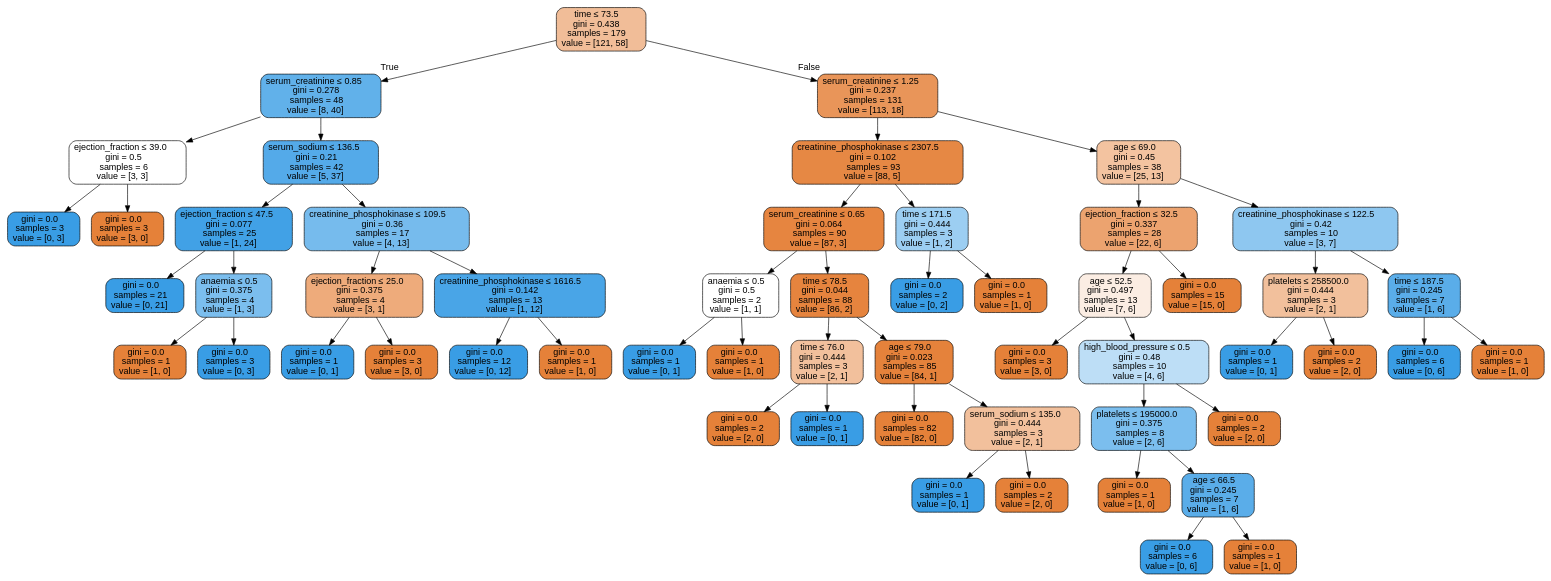
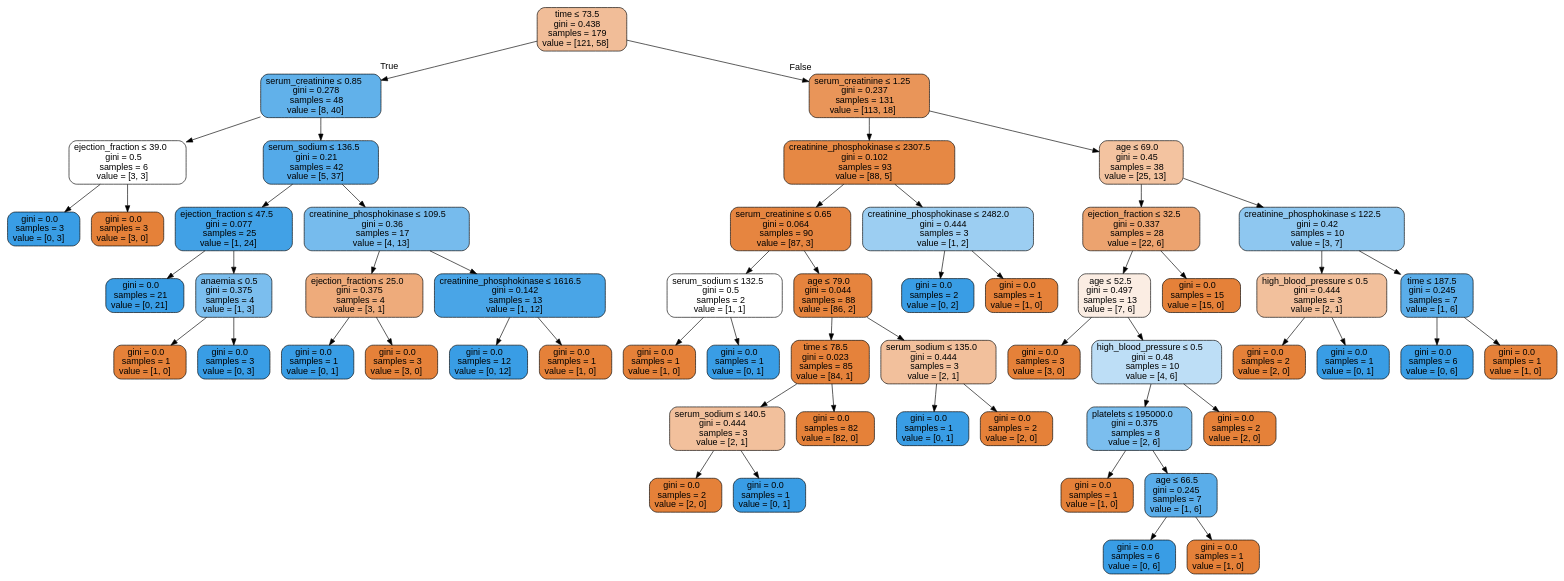
The diagram in breast_cancer_updated.dot (SaiRamishetty-23/PDS_assignment2), drawn with Graphviz before and after one commit. The commit also changed 4 other files, not shown here.

```diff
--- a/breast_cancer_updated.dot
+++ b/breast_cancer_updated.dot
@@ -1,113 +1,113 @@
 digraph Tree {
 node [shape=box, style="filled, rounded", color="black", fontname=helvetica] ;
 edge [fontname=helvetica] ;
 0 [label=<time &le; 73.5<br/>gini = 0.438<br/>samples = 179<br/>value = [121, 58]>, fillcolor="#f1bd98"] ;
 1 [label=<serum_creatinine &le; 0.85<br/>gini = 0.278<br/>samples = 48<br/>value = [8, 40]>, fillcolor="#61b1ea"] ;
 0 -> 1 [labeldistance=2.5, labelangle=45, headlabel="True"] ;
 2 [label=<ejection_fraction &le; 39.0<br/>gini = 0.5<br/>samples = 6<br/>value = [3, 3]>, fillcolor="#ffffff"] ;
 1 -> 2 ;
 3 [label=<gini = 0.0<br/>samples = 3<br/>value = [0, 3]>, fillcolor="#399de5"] ;
 2 -> 3 ;
 4 [label=<gini = 0.0<br/>samples = 3<br/>value = [3, 0]>, fillcolor="#e58139"] ;
 2 -> 4 ;
 5 [label=<serum_sodium &le; 136.5<br/>gini = 0.21<br/>samples = 42<br/>value = [5, 37]>, fillcolor="#54aae9"] ;
 1 -> 5 ;
 6 [label=<ejection_fraction &le; 47.5<br/>gini = 0.077<br/>samples = 25<br/>value = [1, 24]>, fillcolor="#41a1e6"] ;
 5 -> 6 ;
 7 [label=<gini = 0.0<br/>samples = 21<br/>value = [0, 21]>, fillcolor="#399de5"] ;
 6 -> 7 ;
 8 [label=<anaemia &le; 0.5<br/>gini = 0.375<br/>samples = 4<br/>value = [1, 3]>, fillcolor="#7bbeee"] ;
 6 -> 8 ;
 9 [label=<gini = 0.0<br/>samples = 1<br/>value = [1, 0]>, fillcolor="#e58139"] ;
 8 -> 9 ;
 10 [label=<gini = 0.0<br/>samples = 3<br/>value = [0, 3]>, fillcolor="#399de5"] ;
 8 -> 10 ;
 11 [label=<creatinine_phosphokinase &le; 109.5<br/>gini = 0.36<br/>samples = 17<br/>value = [4, 13]>, fillcolor="#76bbed"] ;
 5 -> 11 ;
 12 [label=<ejection_fraction &le; 25.0<br/>gini = 0.375<br/>samples = 4<br/>value = [3, 1]>, fillcolor="#eeab7b"] ;
 11 -> 12 ;
 13 [label=<gini = 0.0<br/>samples = 1<br/>value = [0, 1]>, fillcolor="#399de5"] ;
 12 -> 13 ;
 14 [label=<gini = 0.0<br/>samples = 3<br/>value = [3, 0]>, fillcolor="#e58139"] ;
 12 -> 14 ;
 15 [label=<creatinine_phosphokinase &le; 1616.5<br/>gini = 0.142<br/>samples = 13<br/>value = [1, 12]>, fillcolor="#49a5e7"] ;
 11 -> 15 ;
 16 [label=<gini = 0.0<br/>samples = 12<br/>value = [0, 12]>, fillcolor="#399de5"] ;
 15 -> 16 ;
 17 [label=<gini = 0.0<br/>samples = 1<br/>value = [1, 0]>, fillcolor="#e58139"] ;
 15 -> 17 ;
 18 [label=<serum_creatinine &le; 1.25<br/>gini = 0.237<br/>samples = 131<br/>value = [113, 18]>, fillcolor="#e99559"] ;
 0 -> 18 [labeldistance=2.5, labelangle=-45, headlabel="False"] ;
 19 [label=<creatinine_phosphokinase &le; 2307.5<br/>gini = 0.102<br/>samples = 93<br/>value = [88, 5]>, fillcolor="#e68844"] ;
 18 -> 19 ;
 20 [label=<serum_creatinine &le; 0.65<br/>gini = 0.064<br/>samples = 90<br/>value = [87, 3]>, fillcolor="#e68540"] ;
 19 -> 20 ;
-21 [label=<anaemia &le; 0.5<br/>gini = 0.5<br/>samples = 2<br/>value = [1, 1]>, fillcolor="#ffffff"] ;
+21 [label=<serum_sodium &le; 132.5<br/>gini = 0.5<br/>samples = 2<br/>value = [1, 1]>, fillcolor="#ffffff"] ;
 20 -> 21 ;
-22 [label=<gini = 0.0<br/>samples = 1<br/>value = [0, 1]>, fillcolor="#399de5"] ;
+22 [label=<gini = 0.0<br/>samples = 1<br/>value = [1, 0]>, fillcolor="#e58139"] ;
 21 -> 22 ;
-23 [label=<gini = 0.0<br/>samples = 1<br/>value = [1, 0]>, fillcolor="#e58139"] ;
+23 [label=<gini = 0.0<br/>samples = 1<br/>value = [0, 1]>, fillcolor="#399de5"] ;
 21 -> 23 ;
-24 [label=<time &le; 78.5<br/>gini = 0.044<br/>samples = 88<br/>value = [86, 2]>, fillcolor="#e6843e"] ;
+24 [label=<age &le; 79.0<br/>gini = 0.044<br/>samples = 88<br/>value = [86, 2]>, fillcolor="#e6843e"] ;
 20 -> 24 ;
-25 [label=<time &le; 76.0<br/>gini = 0.444<br/>samples = 3<br/>value = [2, 1]>, fillcolor="#f2c09c"] ;
+25 [label=<time &le; 78.5<br/>gini = 0.023<br/>samples = 85<br/>value = [84, 1]>, fillcolor="#e5823b"] ;
 24 -> 25 ;
-26 [label=<gini = 0.0<br/>samples = 2<br/>value = [2, 0]>, fillcolor="#e58139"] ;
+26 [label=<serum_sodium &le; 140.5<br/>gini = 0.444<br/>samples = 3<br/>value = [2, 1]>, fillcolor="#f2c09c"] ;
 25 -> 26 ;
-27 [label=<gini = 0.0<br/>samples = 1<br/>value = [0, 1]>, fillcolor="#399de5"] ;
-25 -> 27 ;
-28 [label=<age &le; 79.0<br/>gini = 0.023<br/>samples = 85<br/>value = [84, 1]>, fillcolor="#e5823b"] ;
-24 -> 28 ;
+27 [label=<gini = 0.0<br/>samples = 2<br/>value = [2, 0]>, fillcolor="#e58139"] ;
+26 -> 27 ;
+28 [label=<gini = 0.0<br/>samples = 1<br/>value = [0, 1]>, fillcolor="#399de5"] ;
+26 -> 28 ;
 29 [label=<gini = 0.0<br/>samples = 82<br/>value = [82, 0]>, fillcolor="#e58139"] ;
-28 -> 29 ;
+25 -> 29 ;
 30 [label=<serum_sodium &le; 135.0<br/>gini = 0.444<br/>samples = 3<br/>value = [2, 1]>, fillcolor="#f2c09c"] ;
-28 -> 30 ;
+24 -> 30 ;
 31 [label=<gini = 0.0<br/>samples = 1<br/>value = [0, 1]>, fillcolor="#399de5"] ;
 30 -> 31 ;
 32 [label=<gini = 0.0<br/>samples = 2<br/>value = [2, 0]>, fillcolor="#e58139"] ;
 30 -> 32 ;
-33 [label=<time &le; 171.5<br/>gini = 0.444<br/>samples = 3<br/>value = [1, 2]>, fillcolor="#9ccef2"] ;
+33 [label=<creatinine_phosphokinase &le; 2482.0<br/>gini = 0.444<br/>samples = 3<br/>value = [1, 2]>, fillcolor="#9ccef2"] ;
 19 -> 33 ;
 34 [label=<gini = 0.0<br/>samples = 2<br/>value = [0, 2]>, fillcolor="#399de5"] ;
 33 -> 34 ;
 35 [label=<gini = 0.0<br/>samples = 1<br/>value = [1, 0]>, fillcolor="#e58139"] ;
 33 -> 35 ;
 36 [label=<age &le; 69.0<br/>gini = 0.45<br/>samples = 38<br/>value = [25, 13]>, fillcolor="#f3c3a0"] ;
 18 -> 36 ;
 37 [label=<ejection_fraction &le; 32.5<br/>gini = 0.337<br/>samples = 28<br/>value = [22, 6]>, fillcolor="#eca36f"] ;
 36 -> 37 ;
 38 [label=<age &le; 52.5<br/>gini = 0.497<br/>samples = 13<br/>value = [7, 6]>, fillcolor="#fbede3"] ;
 37 -> 38 ;
 39 [label=<gini = 0.0<br/>samples = 3<br/>value = [3, 0]>, fillcolor="#e58139"] ;
 38 -> 39 ;
 40 [label=<high_blood_pressure &le; 0.5<br/>gini = 0.48<br/>samples = 10<br/>value = [4, 6]>, fillcolor="#bddef6"] ;
 38 -> 40 ;
 41 [label=<platelets &le; 195000.0<br/>gini = 0.375<br/>samples = 8<br/>value = [2, 6]>, fillcolor="#7bbeee"] ;
 40 -> 41 ;
 42 [label=<gini = 0.0<br/>samples = 1<br/>value = [1, 0]>, fillcolor="#e58139"] ;
 41 -> 42 ;
 43 [label=<age &le; 66.5<br/>gini = 0.245<br/>samples = 7<br/>value = [1, 6]>, fillcolor="#5aade9"] ;
 41 -> 43 ;
 44 [label=<gini = 0.0<br/>samples = 6<br/>value = [0, 6]>, fillcolor="#399de5"] ;
 43 -> 44 ;
 45 [label=<gini = 0.0<br/>samples = 1<br/>value = [1, 0]>, fillcolor="#e58139"] ;
 43 -> 45 ;
 46 [label=<gini = 0.0<br/>samples = 2<br/>value = [2, 0]>, fillcolor="#e58139"] ;
 40 -> 46 ;
 47 [label=<gini = 0.0<br/>samples = 15<br/>value = [15, 0]>, fillcolor="#e58139"] ;
 37 -> 47 ;
 48 [label=<creatinine_phosphokinase &le; 122.5<br/>gini = 0.42<br/>samples = 10<br/>value = [3, 7]>, fillcolor="#8ec7f0"] ;
 36 -> 48 ;
-49 [label=<platelets &le; 258500.0<br/>gini = 0.444<br/>samples = 3<br/>value = [2, 1]>, fillcolor="#f2c09c"] ;
+49 [label=<high_blood_pressure &le; 0.5<br/>gini = 0.444<br/>samples = 3<br/>value = [2, 1]>, fillcolor="#f2c09c"] ;
 48 -> 49 ;
-50 [label=<gini = 0.0<br/>samples = 1<br/>value = [0, 1]>, fillcolor="#399de5"] ;
+50 [label=<gini = 0.0<br/>samples = 2<br/>value = [2, 0]>, fillcolor="#e58139"] ;
 49 -> 50 ;
-51 [label=<gini = 0.0<br/>samples = 2<br/>value = [2, 0]>, fillcolor="#e58139"] ;
+51 [label=<gini = 0.0<br/>samples = 1<br/>value = [0, 1]>, fillcolor="#399de5"] ;
 49 -> 51 ;
 52 [label=<time &le; 187.5<br/>gini = 0.245<br/>samples = 7<br/>value = [1, 6]>, fillcolor="#5aade9"] ;
 48 -> 52 ;
 53 [label=<gini = 0.0<br/>samples = 6<br/>value = [0, 6]>, fillcolor="#399de5"] ;
 52 -> 53 ;
 54 [label=<gini = 0.0<br/>samples = 1<br/>value = [1, 0]>, fillcolor="#e58139"] ;
 52 -> 54 ;
 }
```
